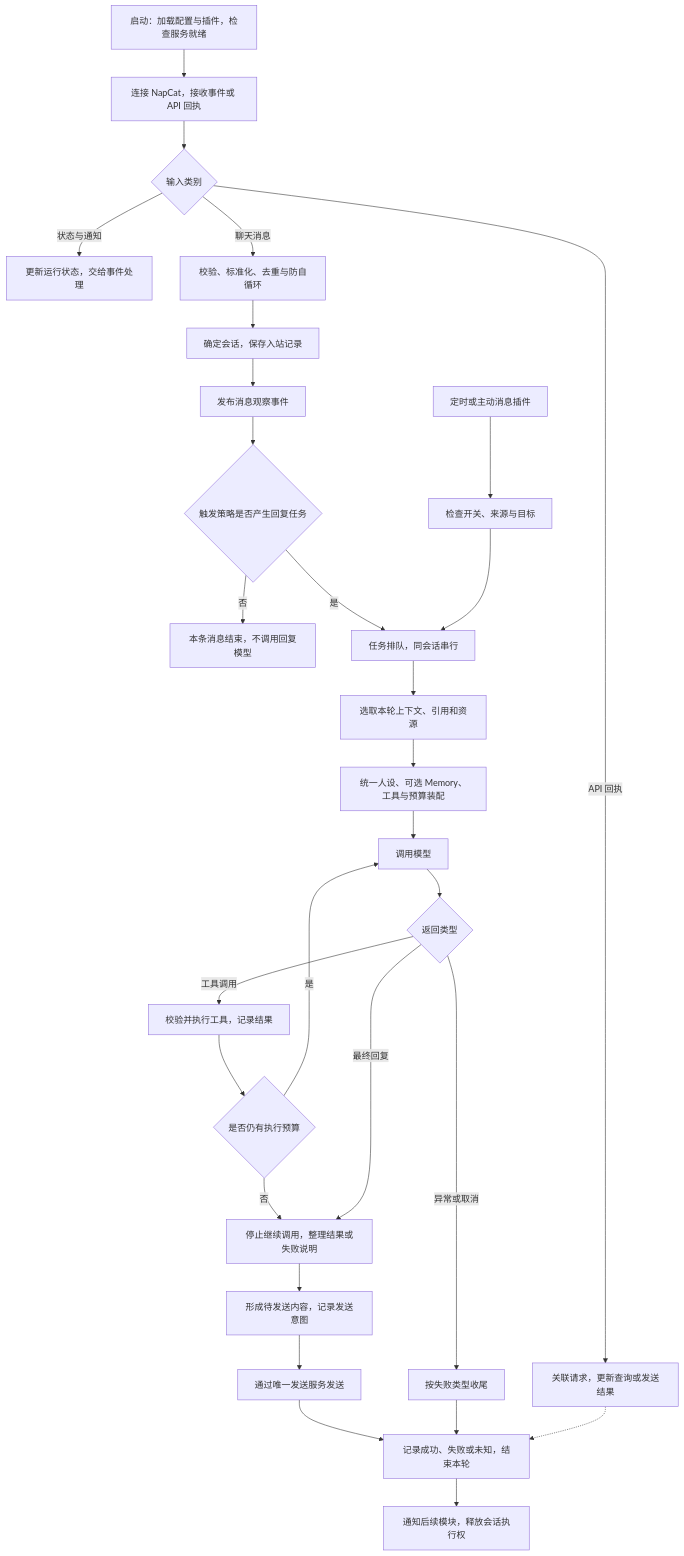
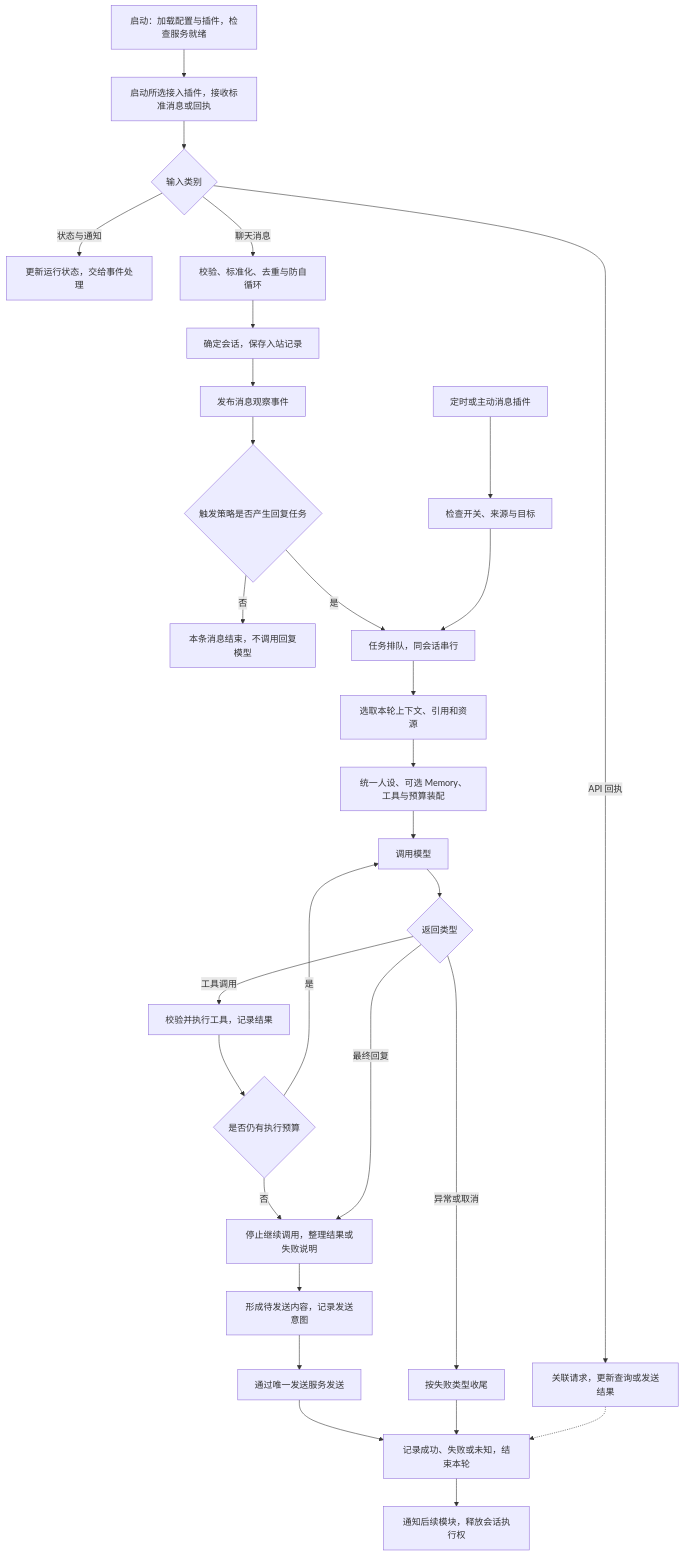
The diagram in Docs/主链路功能与执行流程.md (doebkblcya/langbot), drawn with Mermaid before and after one commit. The commit also changed other lines of this file and 25 other files, not shown here.

````diff
--- a/Docs/主链路功能与执行流程.md
+++ b/Docs/主链路功能与执行流程.md
@@ -41,31 +43,31 @@
 ```mermaid
 flowchart TD
-    A[启动：加载配置与插件，检查服务就绪] --> B[连接 NapCat，接收事件或 API 回执]
+    A[启动：加载配置与插件，检查服务就绪] --> B[启动所选接入插件，接收标准消息或回执]
     B --> C{输入类别}
     C -->|API 回执| D[关联请求，更新查询或发送结果]
     C -->|状态与通知| E[更新运行状态，交给事件处理]
     C -->|聊天消息| F[校验、标准化、去重与防自循环]
     F --> G[确定会话，保存入站记录]
     G --> H[发布消息观察事件]
     H --> I{触发策略是否产生回复任务}
     I -->|否| J[本条消息结束，不调用回复模型]
     I -->|是| K[任务排队，同会话串行]
     T[定时或主动消息插件] --> U[检查开关、来源与目标]
     U --> K
     K --> L[选取本轮上下文、引用和资源]
     L --> M[统一人设、可选 Memory、工具与预算装配]
     M --> N[调用模型]
     N --> O{返回类型}
     O -->|工具调用| P[校验并执行工具，记录结果]
     P --> Q{是否仍有执行预算}
     Q -->|是| N
     Q -->|否| R[停止继续调用，整理结果或失败说明]
     O -->|最终回复| R
     O -->|异常或取消| V[按失败类型收尾]
     R --> W[形成待发送内容，记录发送意图]
     W --> X[通过唯一发送服务发送]
     X --> Y[记录成功、失败或未知，结束本轮]
     V --> Y
     D -.-> Y
     Y --> Z[通知后续模块，释放会话执行权]
 ```
````
